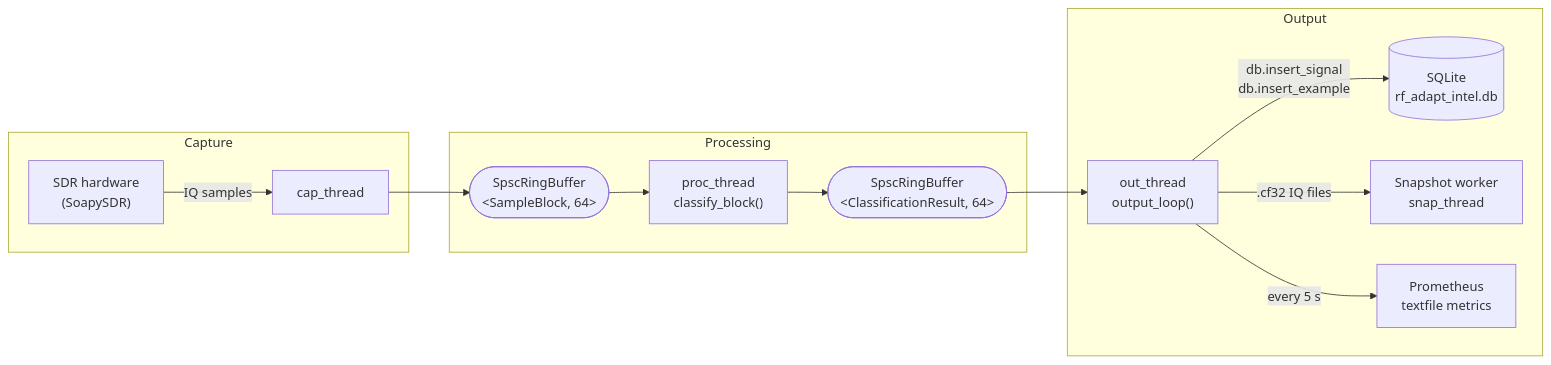
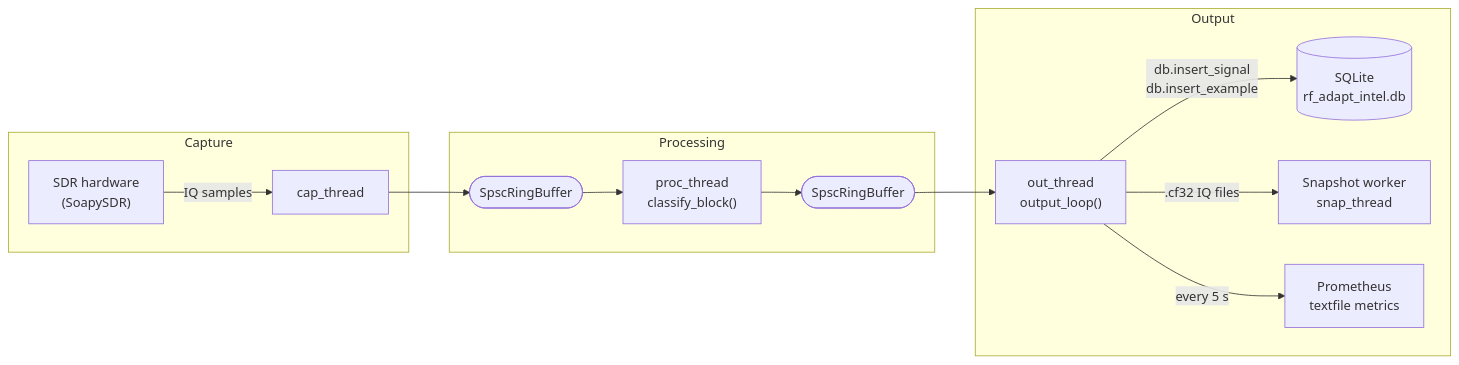
One commit to foxrouter/meek changed the diagram in README.md. Above: the diagram before and after it, drawn with Mermaid. The commit also changed 1 other file, not shown here.

Commit message:
docs: fix Mermaid angle brackets and add release workflow

````diff
--- a/README.md
+++ b/README.md
@@ -101,26 +101,26 @@
 ```mermaid
 flowchart LR
     subgraph Capture
         SDR["SDR hardware\n(SoapySDR)"]
         cap["cap_thread"]
         SDR -->|IQ samples| cap
     end
 
     subgraph Processing
-        rb1(["SpscRingBuffer\n&lt;SampleBlock, 64&gt;"])
+        rb1(["SpscRingBuffer\n<SampleBlock, 64>"])
         proc["proc_thread\nclassify_block()"]
-        rb2(["SpscRingBuffer\n&lt;ClassificationResult, 64&gt;"])
+        rb2(["SpscRingBuffer\n<ClassificationResult, 64>"])
         cap --> rb1 --> proc --> rb2
     end
 
     subgraph Output
         out["out_thread\noutput_loop()"]
         db[("SQLite\nrf_adapt_intel.db")]
         snap["Snapshot worker\nsnap_thread"]
         prom["Prometheus\ntextfile metrics"]
         rb2 --> out
         out -->|"db.insert_signal\ndb.insert_example"| db
         out -->|".cf32 IQ files"| snap
         out -->|"every 5 s"| prom
     end
 ```
````
